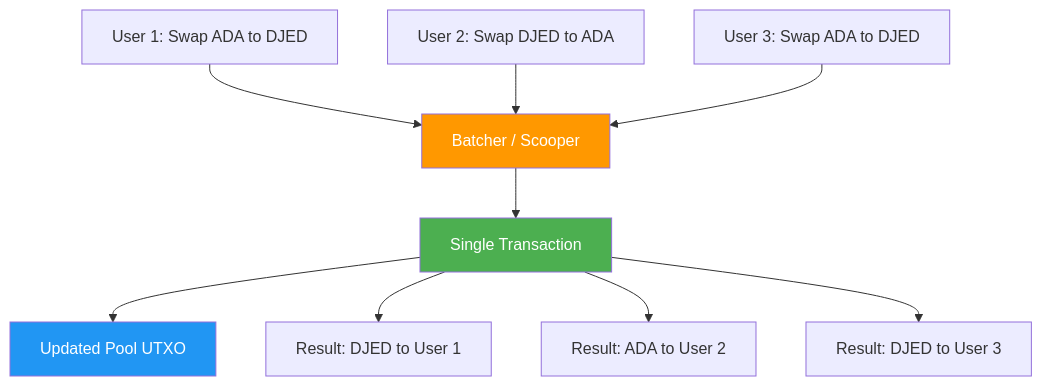
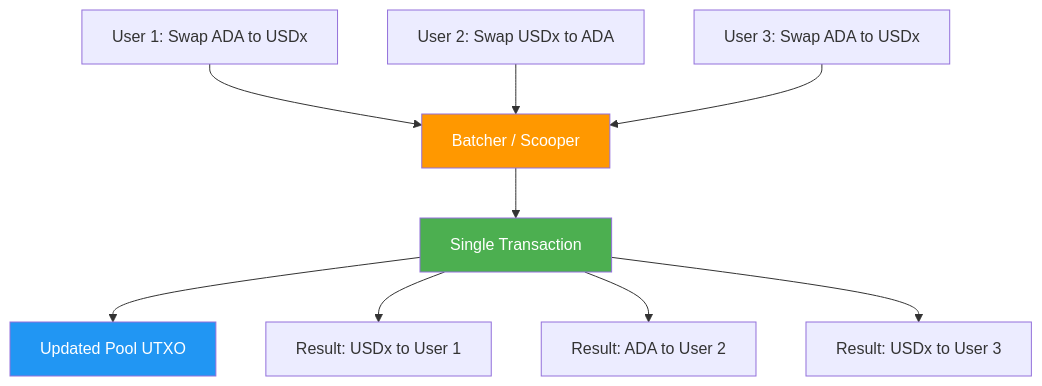
Before and after one commit to cardano-foundation/developer-portal: the third of 3 diagrams in docs/developers/curriculum/05-dapps/defi.md, drawn with Mermaid. The commit also changed other lines of this file and 12 other files, not shown here.

````diff
--- a/docs/developers/curriculum/05-dapps/defi.md
+++ b/docs/developers/curriculum/05-dapps/defi.md
@@ -155,14 +159,14 @@
 ```mermaid
 graph TD
-    U1[User 1: Swap ADA to DJED] --> B[Batcher / Scooper]
-    U2[User 2: Swap DJED to ADA] --> B
-    U3[User 3: Swap ADA to DJED] --> B
+    U1[User 1: Swap ADA to USDx] --> B[Batcher / Scooper]
+    U2[User 2: Swap USDx to ADA] --> B
+    U3[User 3: Swap ADA to USDx] --> B
     B --> TX[Single Transaction]
     TX --> Pool[Updated Pool UTXO]
-    TX --> R1[Result: DJED to User 1]
+    TX --> R1[Result: USDx to User 1]
     TX --> R2[Result: ADA to User 2]
-    TX --> R3[Result: DJED to User 3]
+    TX --> R3[Result: USDx to User 3]
     style B fill:#FF9800,color:#fff
     style TX fill:#4CAF50,color:#fff
     style Pool fill:#2196F3,color:#fff
 ```
````
